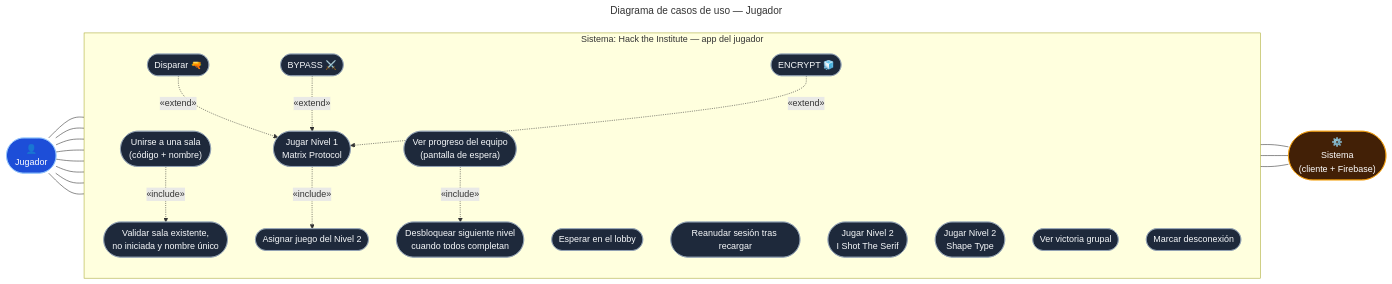
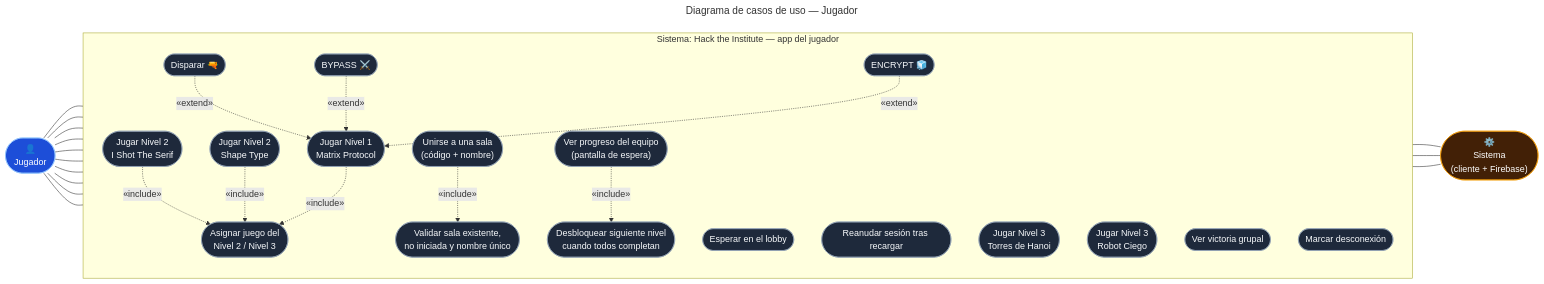
One commit to morphine75/escape_room changed the diagram in docs/diagramas/fuentes/04a-casos-de-uso-jugador.mmd. Above: the diagram before and after it, drawn with Mermaid. The commit also changed 23 other files, not shown here.

First line of the commit message:
Add Level 3 'Laboratorio de Algoritmos' (Torres de Hanoi / Robot Ciego)

```diff
--- a/docs/diagramas/fuentes/04a-casos-de-uso-jugador.mmd
+++ b/docs/diagramas/fuentes/04a-casos-de-uso-jugador.mmd
@@ -1,41 +1,45 @@
 ---
 title: Diagrama de casos de uso — Jugador
 ---
 flowchart LR
   J(["👤<br/>Jugador"])
   SYS(["⚙️<br/>Sistema<br/>(cliente + Firebase)"])
 
   subgraph S["Sistema: Hack the Institute — app del jugador"]
     direction TB
     UC1(["Unirse a una sala<br/>(código + nombre)"])
     UC1a(["Validar sala existente,<br/>no iniciada y nombre único"])
     UC2(["Esperar en el lobby"])
     UC3(["Reanudar sesión tras recargar"])
     UC4(["Jugar Nivel 1<br/>Matrix Protocol"])
     UC4a(["Disparar 🔫"])
     UC4b(["BYPASS ⚔️"])
     UC4c(["ENCRYPT 🧊"])
     UC5(["Jugar Nivel 2<br/>I Shot The Serif"])
     UC6(["Jugar Nivel 2<br/>Shape Type"])
+    UC12(["Jugar Nivel 3<br/>Torres de Hanoi"])
+    UC13(["Jugar Nivel 3<br/>Robot Ciego"])
     UC7(["Ver progreso del equipo<br/>(pantalla de espera)"])
     UC8(["Ver victoria grupal"])
-    UC9(["Asignar juego del Nivel 2"])
+    UC9(["Asignar juego del<br/>Nivel 2 / Nivel 3"])
     UC10(["Desbloquear siguiente nivel<br/>cuando todos completan"])
     UC11(["Marcar desconexión"])
   end
 
-  J --- UC1 & UC2 & UC3 & UC4 & UC5 & UC6 & UC7 & UC8
+  J --- UC1 & UC2 & UC3 & UC4 & UC5 & UC6 & UC12 & UC13 & UC7 & UC8
+  UC5 & UC6 -. "«include»" .-> UC9
   UC1 -. "«include»" .-> UC1a
   UC4a & UC4b & UC4c -. "«extend»" .-> UC4
   UC4 -. "«include»" .-> UC9
   UC9 --- SYS
   UC10 --- SYS
   UC11 --- SYS
   UC7 -. "«include»" .-> UC10
 
   classDef actor fill:#1d4ed8,stroke:#93c5fd,color:#fff
   classDef uc fill:#1e293b,stroke:#94a3b8,color:#f8fafc
   classDef sys fill:#422006,stroke:#f59e0b,color:#fff
+  class UC12,UC13 uc
   class J actor
   class SYS sys
   class UC1,UC1a,UC2,UC3,UC4,UC4a,UC4b,UC4c,UC5,UC6,UC7,UC8,UC9,UC10,UC11 uc
```
